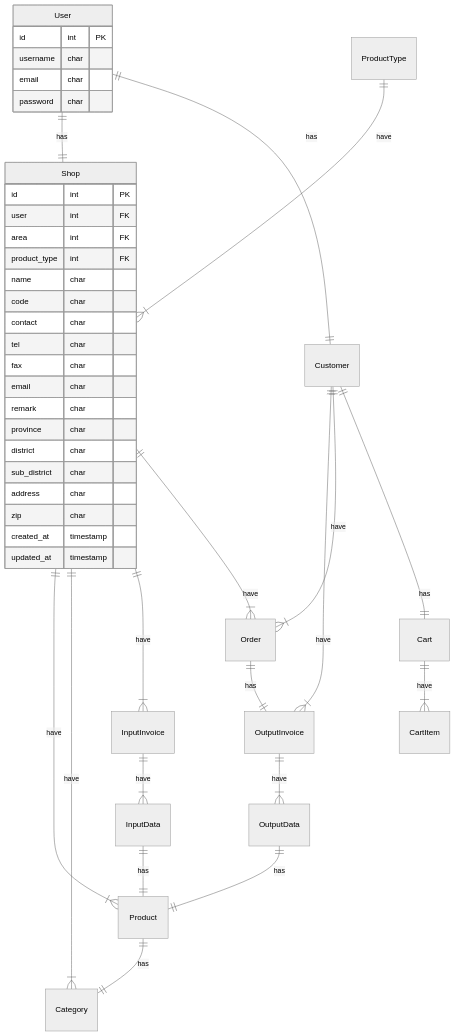
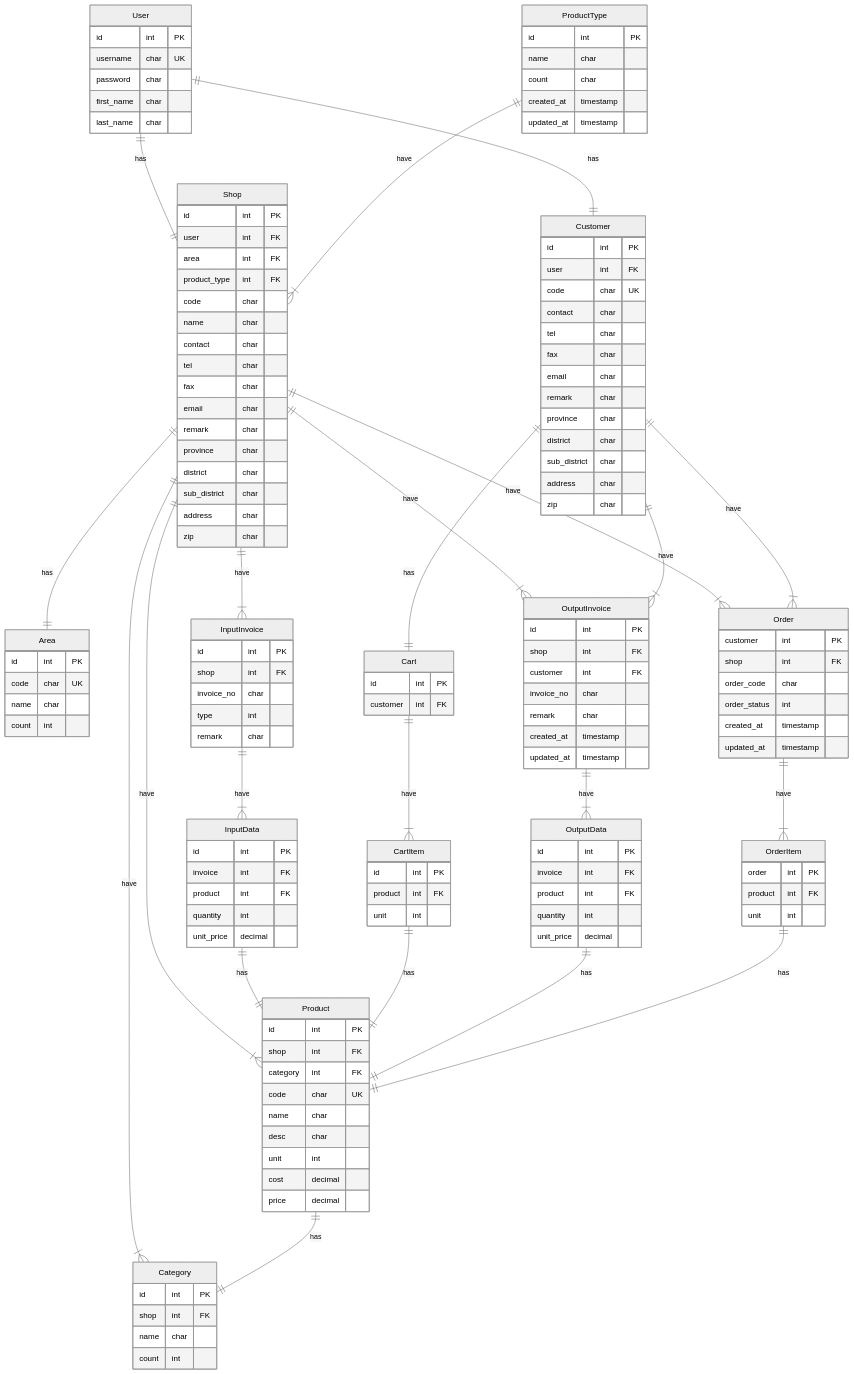
The diagram in README.md (Apisit250aps/Stock), drawn with Mermaid (neutral theme) before and after one commit. The commit also changed other lines of this file and 1 other file, not shown here.

Commit message:
README(ERD)

````diff
--- a/README.md
+++ b/README.md
@@ -63,12 +50,31 @@
 
 erDiagram 
 
+
+
 User {
     id int PK
-    username char
+    username char UK
+    password char 
+    first_name char 
+    last_name char
+}
+
+Customer {
+    id int PK
+    user int FK
+    code char UK
+    contact char 
+    tel char
+    fax char
     email char
-    password char
-
+    remark char
+    province char
+    district char
+    sub_district char
+    address char
+    zip char
+   
 }
 
 Shop {
@@ -76,8 +82,8 @@
     user int FK
     area int FK
     product_type int FK
-    name char 
-    code char
+    code char 
+    name char
     contact char
     tel char
     fax char
@@ -88,26 +94,123 @@
     sub_district char
     address char
     zip char
-    created_at timestamp
+
+}
+
+
+ProductType {
+    id int PK
+    name char
+    count char 
+    created_at  timestamp
     updated_at timestamp
 }
 
+Area {
+    id int PK
+    code char UK
+    name char
+    count int
+}
+
+Category {
+    id int PK
+    shop int FK
+    name char
+    count int
+}
+
+Product {
+    id int PK
+    shop int FK
+    category int FK
+    code char UK
+    name char
+    desc char
+    unit int
+    cost decimal
+    price decimal
+}
+
+InputInvoice {
+    id int PK
+    shop int FK
+    invoice_no char 
+    type int 
+    remark char
+}
+
+InputData {
+    id int PK
+    invoice int FK
+    product int FK
+    quantity  int 
+    unit_price decimal
+}
+
+Cart {
+    id int PK
+    customer int FK
+}
+
+CartItem {
+    id int PK 
+    product int FK 
+    unit int 
+}
+
+OutputInvoice {
+    id int PK
+    shop int FK 
+    customer int FK
+    invoice_no char
+    remark char
+    created_at  timestamp
+    updated_at timestamp
+}
+
+OutputData {
+    id int PK
+    invoice int FK
+    product int FK
+    quantity int 
+    unit_price decimal
+}
+
+Order {
+    customer int PK
+    shop int FK
+    order_code char
+    order_status int
+    created_at  timestamp
+    updated_at timestamp
+}
+
+OrderItem {
+    order int PK
+    product int FK
+    unit int 
+}
+
 User ||--|| Shop : has 
+User ||--|| Customer : has
+
+Shop ||--|| Area : has 
 Shop ||--|{ Product : have
 Shop ||--|{ Category : have
+Shop ||--|{ Order : have
 Shop ||--|{ InputInvoice : have
-Shop ||--|{ Order : have
+Shop ||--|{ OutputInvoice : have
 
 InputInvoice ||--|{ InputData : have
 InputData ||--|| Product : has
 
-User ||--|| Customer : has
 Customer ||--|{ OutputInvoice : have
 Customer ||--|{ Order : have
 Customer ||--|| Cart : has
 
 Cart ||--|{ CartItem : have
-
+CartItem ||--|| Product :"has"
 
 OutputInvoice ||--|{ OutputData : have
 OutputData ||--|| Product : has
@@ -115,6 +218,9 @@
 Product ||--|| Category : has
 ProductType ||--|{ Shop : have
 
-Order ||--|| OutputInvoice : has
+Order ||--|{ OrderItem : have
+OrderItem ||--|| Product : has
+
+
 
 ```
````
